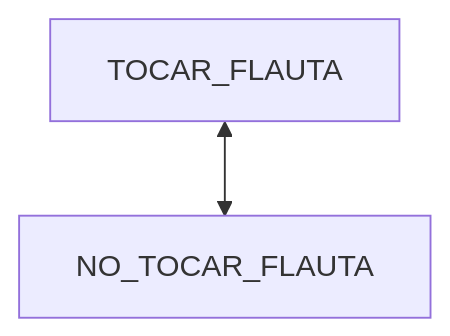
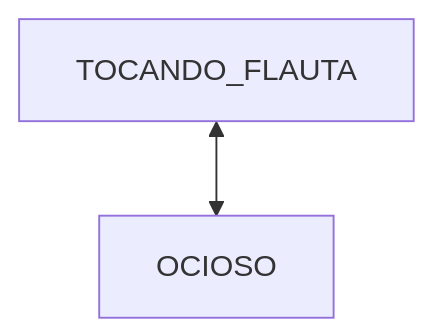
One commit to IAV26-G09/IAV26-G09-P1 changed the third of 3 diagrams in README.md. Above: the diagram before and after it, drawn with Mermaid. The commit also changed other lines of this file and 5 other files, not shown here.

````diff
--- a/README.md
+++ b/README.md
@@ -74,4 +77,4 @@
 ```mermaid
 graph TD;
-  TOCAR_FLAUTA<-->NO_TOCAR_FLAUTA;
+  TOCANDO_FLAUTA<-->OCIOSO;
 ```
````
